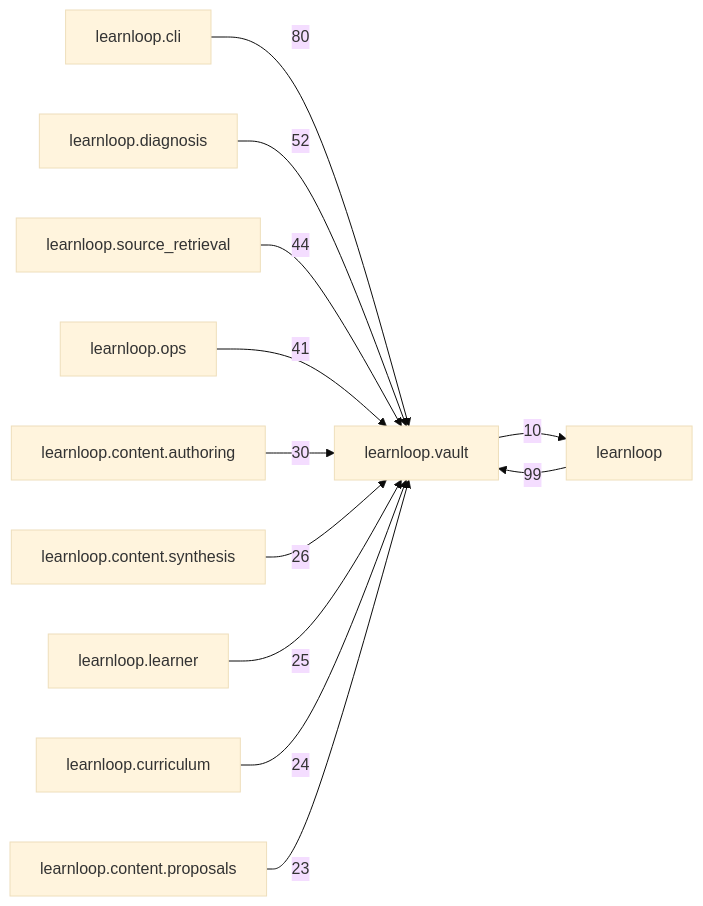
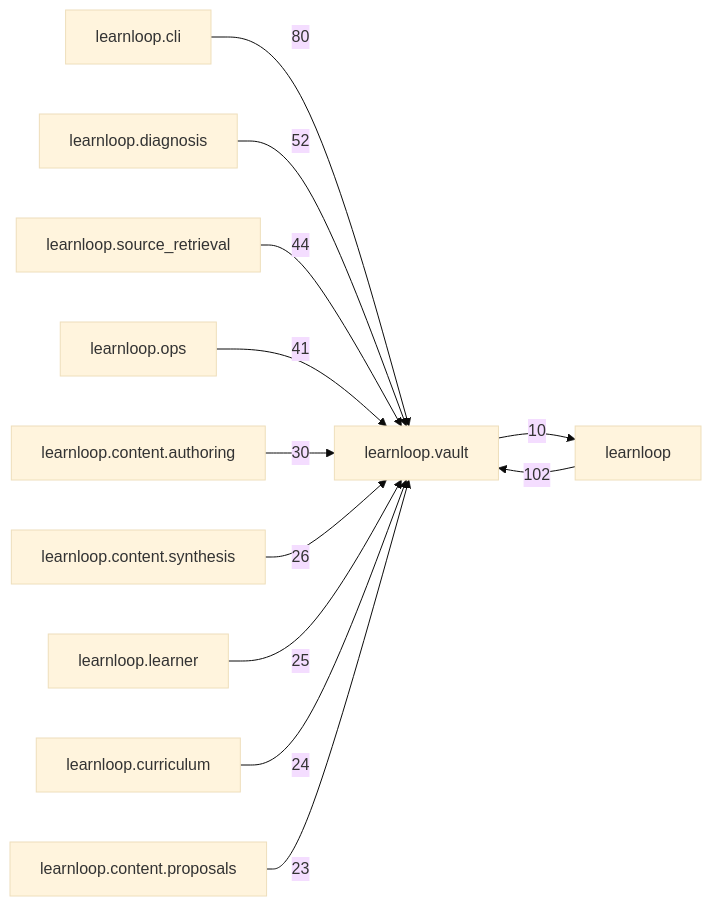
The diagram in docs/learnloop-architecture-vault/Reference/Modules/learnloop/vault/_package.md (6up-b/learnanything), drawn with Mermaid (base theme) before and after one commit. The commit also changed other lines of this file and 616 other files, not shown here.

````diff
--- a/docs/learnloop-architecture-vault/Reference/Modules/learnloop/vault/_package.md
+++ b/docs/learnloop-architecture-vault/Reference/Modules/learnloop/vault/_package.md
@@ -138,25 +139,25 @@
 ```mermaid
 flowchart LR
     center["learnloop.vault"]
     n_learnloop["learnloop"]
     n_learnloop_cli["learnloop.cli"]
     n_learnloop_diagnosis["learnloop.diagnosis"]
     n_learnloop_source_retrieval["learnloop.source_retrieval"]
     n_learnloop_ops["learnloop.ops"]
     n_learnloop_content_authoring["learnloop.content.authoring"]
     n_learnloop_content_synthesis["learnloop.content.synthesis"]
     n_learnloop_learner["learnloop.learner"]
     n_learnloop_curriculum["learnloop.curriculum"]
     n_learnloop_content_proposals["learnloop.content.proposals"]
-    n_learnloop -->|99| center
+    n_learnloop -->|102| center
     center -->|10| n_learnloop
     n_learnloop_cli -->|80| center
     n_learnloop_diagnosis -->|52| center
     n_learnloop_source_retrieval -->|44| center
     n_learnloop_ops -->|41| center
     n_learnloop_content_authoring -->|30| center
     n_learnloop_content_synthesis -->|26| center
     n_learnloop_learner -->|25| center
     n_learnloop_curriculum -->|24| center
     n_learnloop_content_proposals -->|23| center
 ```
````
